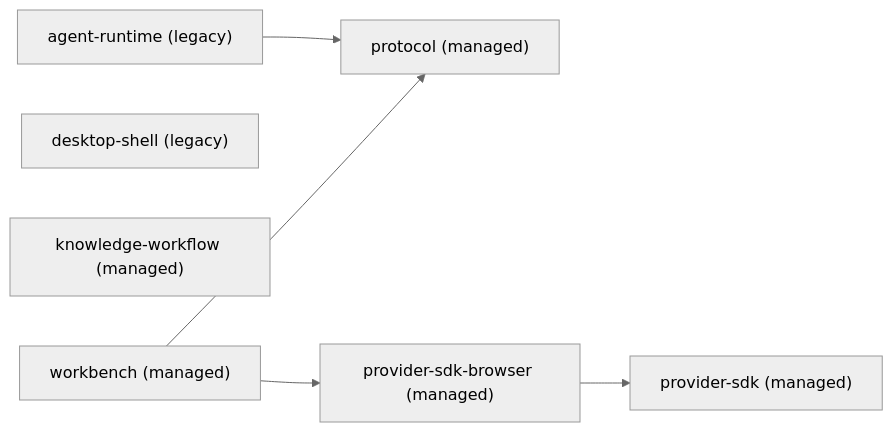
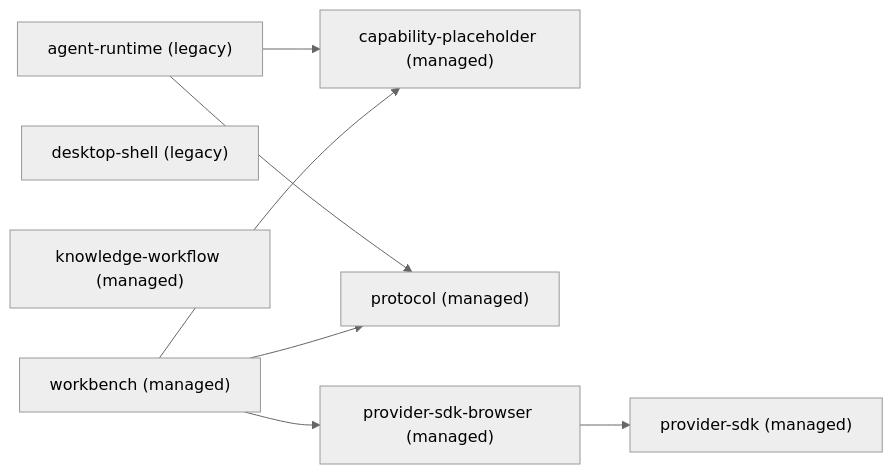
The diagram in dependency-graph.mmd (bear20252026/b07-build), drawn with Mermaid (neutral theme) before and after one commit. The commit also changed 13 other files, not shown here.

```diff
--- a/dependency-graph.mmd
+++ b/dependency-graph.mmd
@@ -1,14 +1,17 @@
 %% 架构模块依赖图：由 `npm run architecture:graph` 生成，请勿手工编辑。
 %% managed = 受 architecture-policy.yaml 强校验；legacy = 存量模块，仅记录。
 graph LR
   m_agent_runtime["agent-runtime (legacy)"]
+  m_capability_placeholder["capability-placeholder (managed)"]
   m_desktop_shell["desktop-shell (legacy)"]
   m_knowledge_workflow["knowledge-workflow (managed)"]
   m_protocol["protocol (managed)"]
   m_provider_sdk["provider-sdk (managed)"]
   m_provider_sdk_browser["provider-sdk-browser (managed)"]
   m_workbench["workbench (managed)"]
+  m_agent_runtime --> m_capability_placeholder
   m_agent_runtime --> m_protocol
   m_provider_sdk_browser --> m_provider_sdk
+  m_workbench --> m_capability_placeholder
   m_workbench --> m_protocol
   m_workbench --> m_provider_sdk_browser
```
